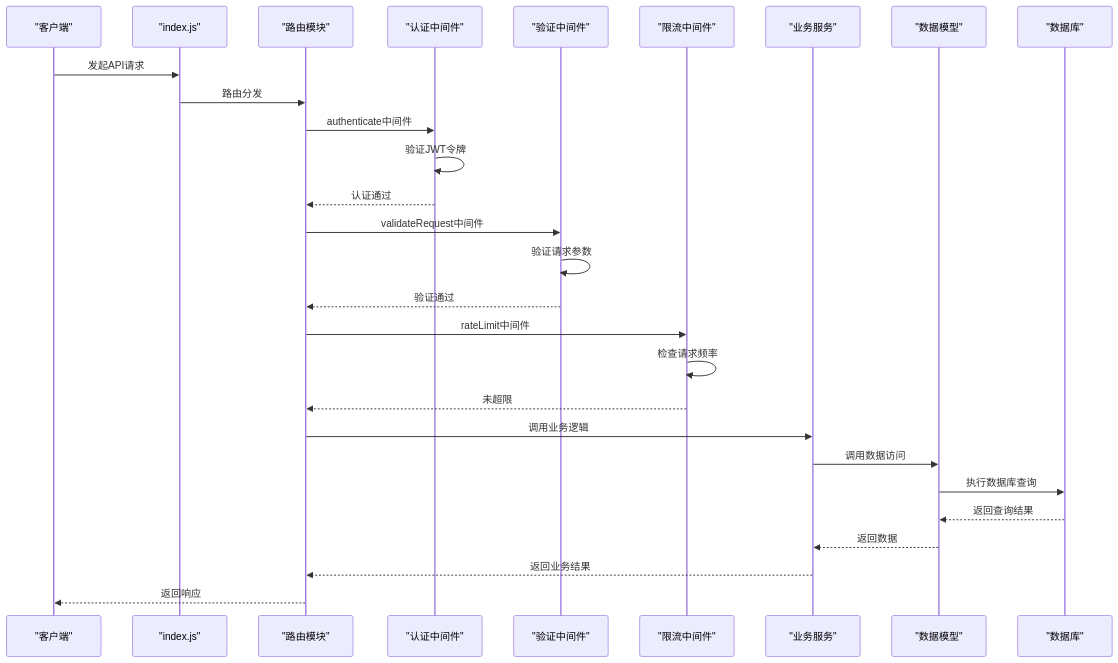
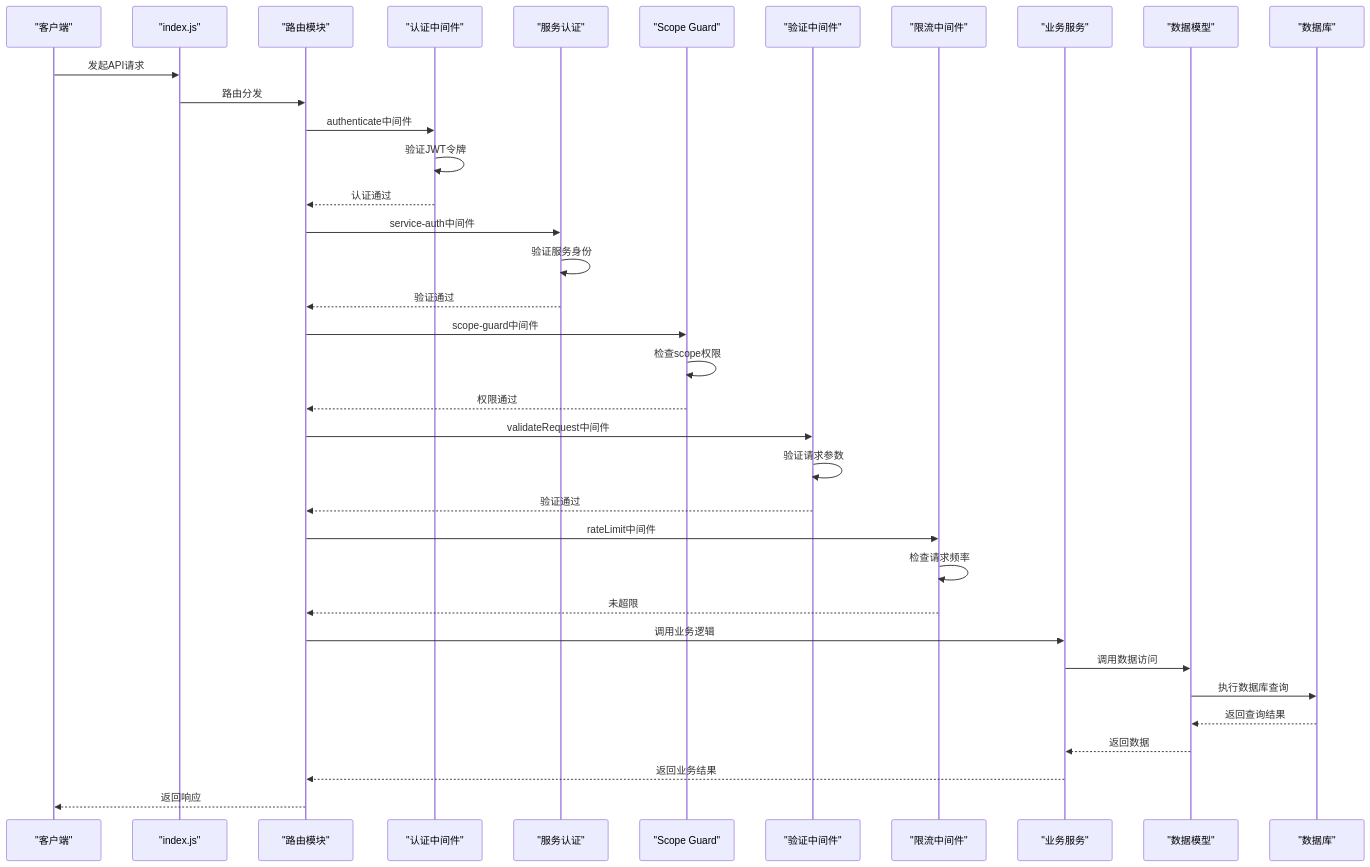
The seventh of 8 diagrams in .qoder/repowiki/zh/content/后端架构/后端架构.md (ideeinfo/TwinSight), drawn with Mermaid before and after one commit. The commit also changed other lines of this file and 9 other files, not shown here.

````diff
--- a/.qoder/repowiki/zh/content/后端架构/后端架构.md
+++ b/.qoder/repowiki/zh/content/后端架构/后端架构.md
@@ -208,30 +309,38 @@
 ```mermaid
 sequenceDiagram
 participant Client as "客户端"
 participant Index as "index.js"
 participant Router as "路由模块"
 participant Auth as "认证中间件"
+participant ServiceAuth as "服务认证"
+participant ScopeGuard as "Scope Guard"
 participant Validate as "验证中间件"
 participant RateLimit as "限流中间件"
 participant Service as "业务服务"
 participant Model as "数据模型"
 participant DB as "数据库"
 Client->>Index : 发起API请求
 Index->>Router : 路由分发
 Router->>Auth : authenticate中间件
 Auth->>Auth : 验证JWT令牌
 Auth-->>Router : 认证通过
+Router->>ServiceAuth : service-auth中间件
+ServiceAuth->>ServiceAuth : 验证服务身份
+ServiceAuth-->>Router : 验证通过
+Router->>ScopeGuard : scope-guard中间件
+ScopeGuard->>ScopeGuard : 检查scope权限
+ScopeGuard-->>Router : 权限通过
 Router->>Validate : validateRequest中间件
 Validate->>Validate : 验证请求参数
 Validate-->>Router : 验证通过
 Router->>RateLimit : rateLimit中间件
 RateLimit->>RateLimit : 检查请求频率
 RateLimit-->>Router : 未超限
 Router->>Service : 调用业务逻辑
 Service->>Model : 调用数据访问
 Model->>DB : 执行数据库查询
 DB-->>Model : 返回查询结果
 Model-->>Service : 返回数据
 Service-->>Router : 返回业务结果
 Router-->>Client : 返回响应
 ```
````
